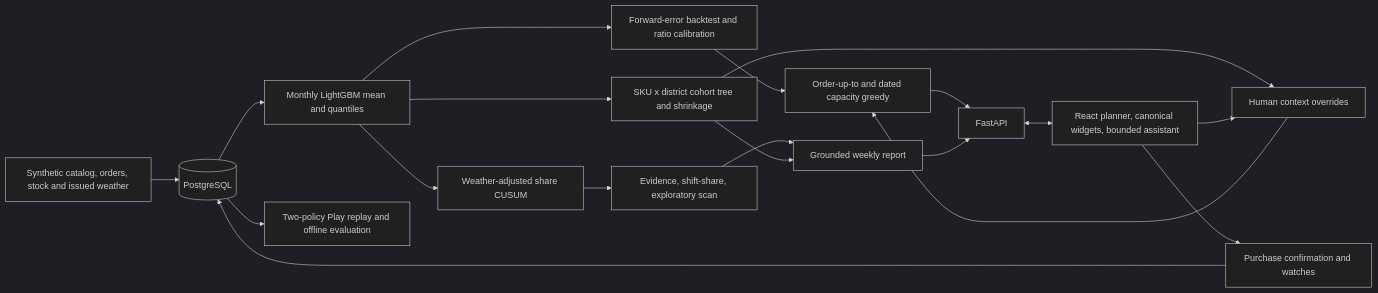
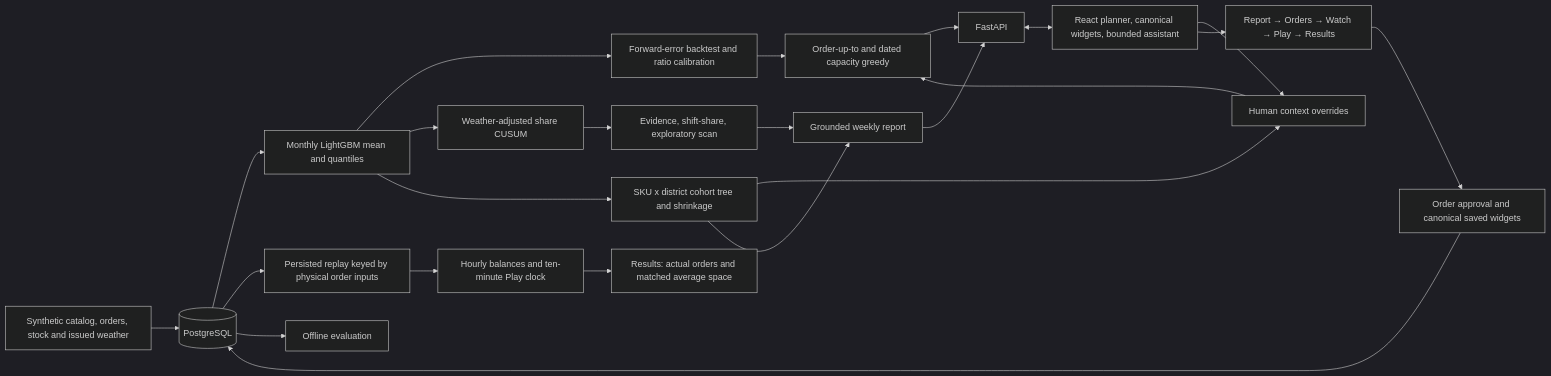
The diagram in docs/TECHNICAL_DESIGN.md (Hcrab/scoop-clc2026), drawn with Mermaid (dark theme) before and after one commit. The commit also changed other lines of this file and 19 other files, not shown here.

````diff
--- a/docs/TECHNICAL_DESIGN.md
+++ b/docs/TECHNICAL_DESIGN.md
@@ -25,21 +25,25 @@
 ```mermaid
 flowchart LR
     S[Synthetic catalog, orders, stock and issued weather] --> D[(PostgreSQL)]
     D --> F[Monthly LightGBM mean and quantiles]
     F --> B[Forward-error backtest and ratio calibration]
     F --> C[Weather-adjusted share CUSUM]
     C --> I[Evidence, shift-share, exploratory scan]
     F --> T[SKU x district cohort tree and shrinkage]
     T --> O[Human context overrides]
     B --> R[Order-up-to and dated capacity greedy]
     O --> R
     I --> P[Grounded weekly report]
     T --> P
     U --> O
     R --> A[FastAPI]
     P --> A
     A <--> U[React planner, canonical widgets, bounded assistant]
-    U --> W[Purchase confirmation and watches]
-    W --> D
-    D --> E[Two-policy Play replay and offline evaluation]
+    U --> Q[Report → Orders → Watch → Play → Results]
+    Q --> V[Order approval and canonical saved widgets]
+    V --> D
+    D --> J[Persisted replay keyed by physical order inputs]
+    J --> H[Hourly balances and ten-minute Play clock]
+    H --> X[Results: actual orders and matched average space]
+    D --> E[Offline evaluation]
 ```
````
